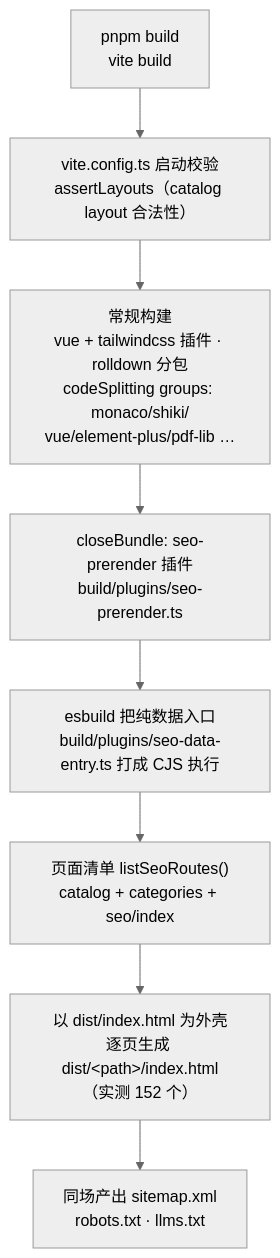
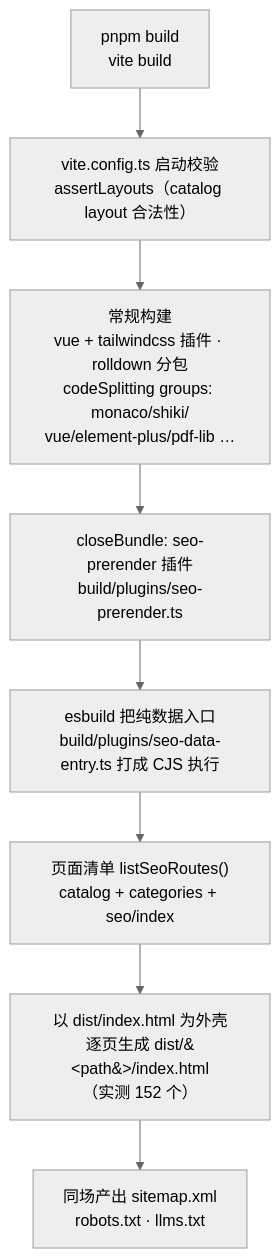
The first of 2 diagrams in docs/13-项目文档/devtools/07-构建预渲染与SEO.md (zhangzhengyang27/tech-codex), drawn with Mermaid (neutral theme) before and after one commit. The commit also changed 195 other files, not shown here.

````diff
--- a/docs/13-项目文档/devtools/07-构建预渲染与SEO.md
+++ b/docs/13-项目文档/devtools/07-构建预渲染与SEO.md
@@ -26,10 +26,10 @@
 ```mermaid
 flowchart TD
   A["pnpm build<br/>vite build"] --> B["vite.config.ts 启动校验<br/>assertLayouts（catalog layout 合法性）"]
   B --> C["常规构建<br/>vue + tailwindcss 插件 · rolldown 分包<br/>codeSplitting groups: monaco/shiki/<br/>vue/element-plus/pdf-lib …"]
   C --> D["closeBundle: seo-prerender 插件<br/>build/plugins/seo-prerender.ts"]
   D --> E["esbuild 把纯数据入口<br/>build/plugins/seo-data-entry.ts 打成 CJS 执行"]
   E --> F["页面清单 listSeoRoutes()<br/>catalog + categories + seo/index"]
-  F --> G["以 dist/index.html 为外壳<br/>逐页生成 dist/&lt;path&gt;/index.html<br/>（实测 152 个）"]
+  F --> G["以 dist/index.html 为外壳<br/>逐页生成 dist/&#60;path&#62;/index.html<br/>（实测 152 个）"]
   G --> H["同场产出 sitemap.xml<br/>robots.txt · llms.txt"]
 ```
````
